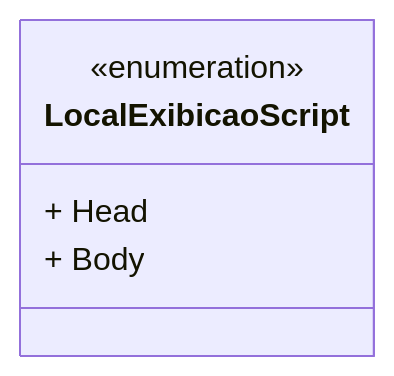
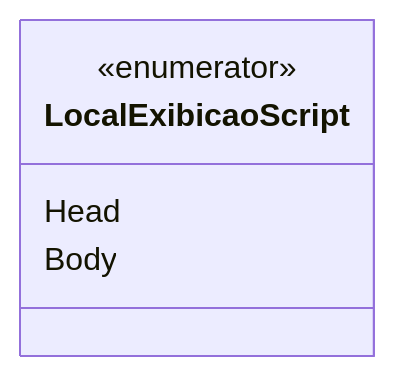
The diagram in docs/b2b-dominio/IsthmusWinthor.Nucleo/IsthmusWinthor.Dominio/Enumeradores/LocalExibicaoScript.md (IsthmusSistemas/documentacao-tecnica), drawn with Mermaid before and after one commit. The commit also changed other lines of this file and 882 other files, not shown here.

````diff
--- a/docs/b2b-dominio/IsthmusWinthor.Nucleo/IsthmusWinthor.Dominio/Enumeradores/LocalExibicaoScript.md
+++ b/docs/b2b-dominio/IsthmusWinthor.Nucleo/IsthmusWinthor.Dominio/Enumeradores/LocalExibicaoScript.md
@@ -12,8 +12,8 @@
 ```mermaid
 classDiagram
     class LocalExibicaoScript {
-        <<enumeration>>
-        + Head
-        + Body
+        <<enumerator>>
+        Head
+        Body
     }
 ```
````
